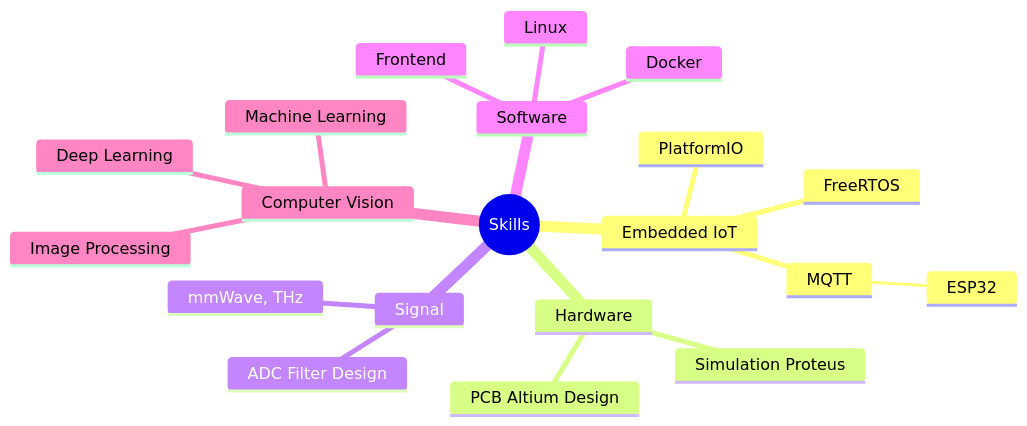
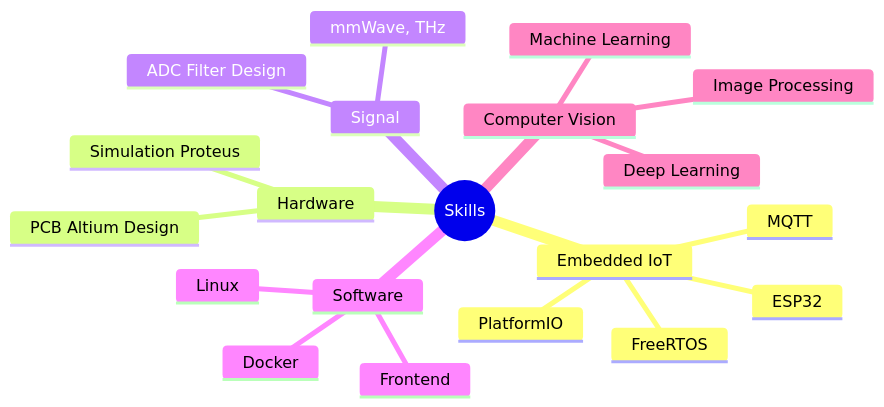
The diagram in README.md (bathanh0309/bathanh0309), drawn with Mermaid before and after one commit.

````diff
--- a/README.md
+++ b/README.md
@@ -139,23 +139,23 @@
 ```mermaid
 mindmap
   root((Skills))
     Embedded IoT
       MQTT
-        ESP32
+      ESP32
       FreeRTOS
       PlatformIO
     Hardware
       Simulation Proteus
       PCB Altium Design
     Signal
       mmWave, THz
       ADC Filter Design
     Software
       Linux
       Docker
       Frontend
     Computer Vision
       Machine Learning
       Deep Learning
       Image Processing
 ```
````
